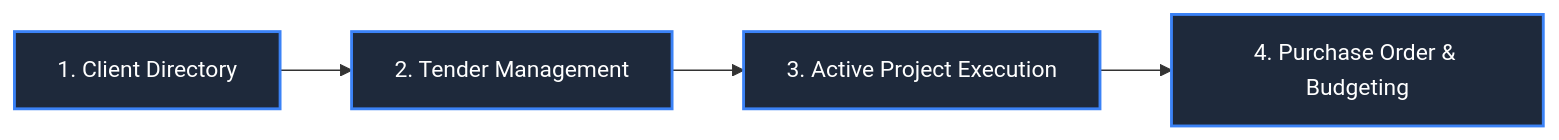
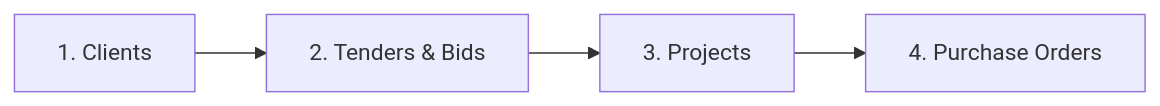
Before and after one commit to jchademwiri/pmg-tracker-360: the diagram in apps/docs/src/content/docs/workflows/tendering-pipeline.md, drawn with Mermaid. The commit also changed other lines of this file and 21 other files, not shown here.

````diff
--- a/apps/docs/src/content/docs/workflows/tendering-pipeline.md
+++ b/apps/docs/src/content/docs/workflows/tendering-pipeline.md
@@ -12,8 +8,6 @@
 ```mermaid
 graph LR
-    classDef phase fill:#1e293b,stroke:#3b82f6,stroke-width:2px,color:#fff;
-
-    Client[1. Client Directory]:::phase --> Tender[2. Tender Management]:::phase
-    Tender --> Project[3. Active Project Execution]:::phase
-    Project --> PO[4. Purchase Order & Budgeting]:::phase
+    Client[1. Clients] --> Tender[2. Tenders & Bids]
+    Tender --> Project[3. Projects]
+    Project --> PO[4. Purchase Orders]
 ```
````
